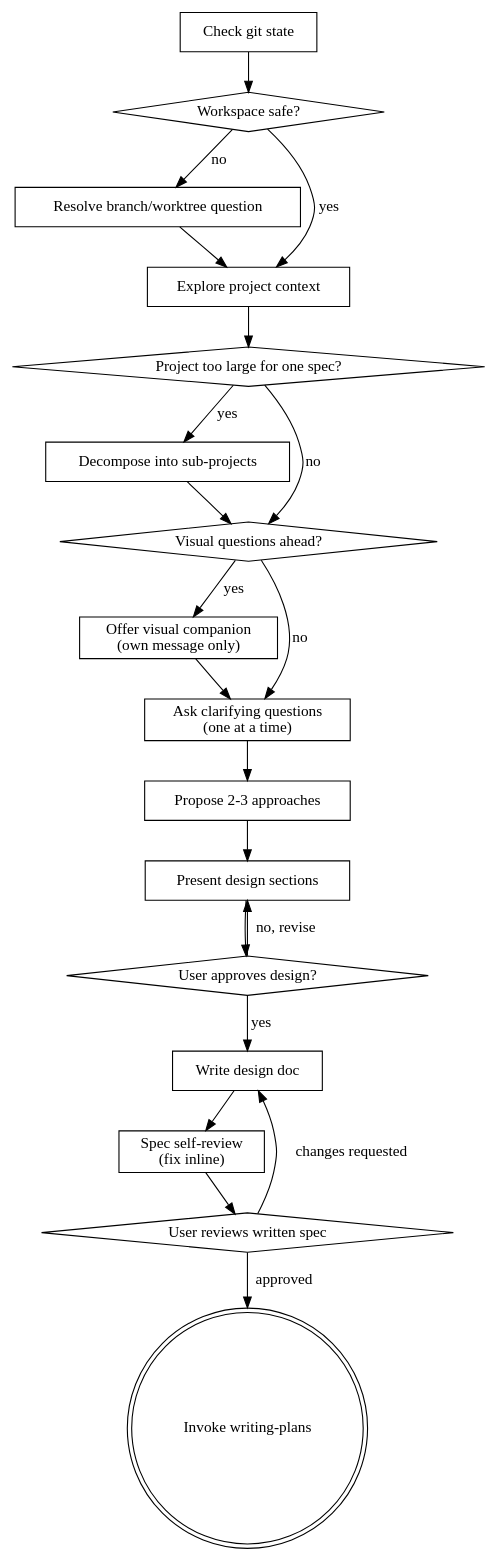
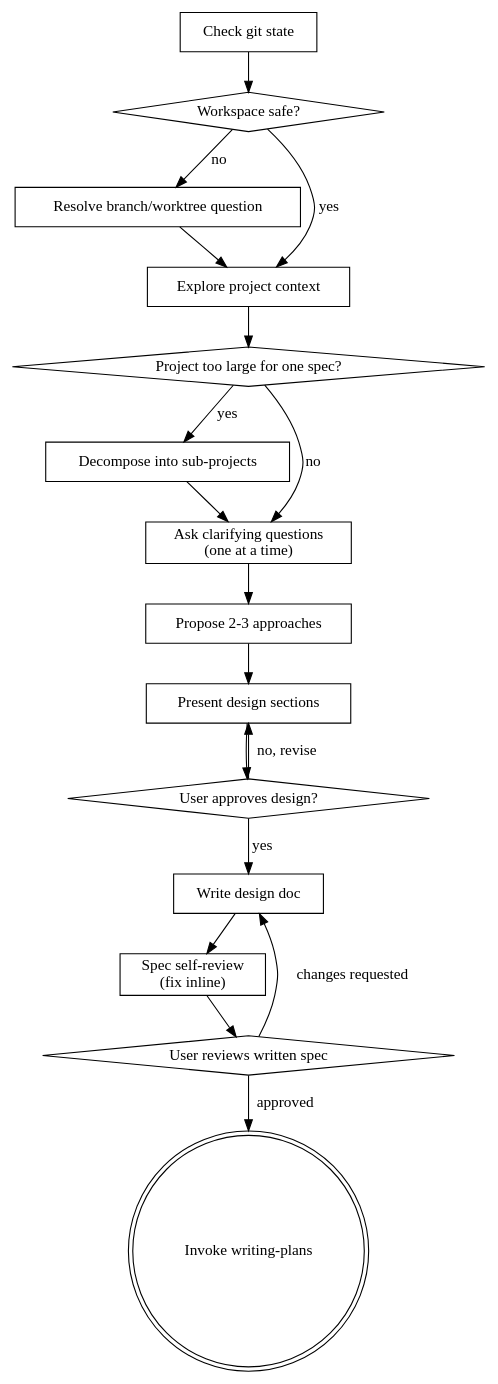
Before and after one commit to tickideas/pi-superpowers-plus: the diagram in skills/brainstorming/SKILL.md, drawn with Graphviz. The commit also changed other lines of this file, not shown here.

Commit message:
docs(brainstorming): offer the visual companion just-in-time
Mirror upstream 5a0f895: offer the companion only when a question is
genuinely clearer shown than described, never upfront; don't re-offer
after a decline. Removes the 'Visual questions ahead?' gate from the
process flow.

````diff
--- a/skills/brainstorming/SKILL.md
+++ b/skills/brainstorming/SKILL.md
@@ -64,41 +64,36 @@
 ```dot
 digraph brainstorming {
     "Check git state" [shape=box];
     "Workspace safe?" [shape=diamond];
     "Resolve branch/worktree question" [shape=box];
     "Explore project context" [shape=box];
     "Project too large for one spec?" [shape=diamond];
     "Decompose into sub-projects" [shape=box];
-    "Visual questions ahead?" [shape=diamond];
-    "Offer visual companion\n(own message only)" [shape=box];
     "Ask clarifying questions\n(one at a time)" [shape=box];
     "Propose 2-3 approaches" [shape=box];
     "Present design sections" [shape=box];
     "User approves design?" [shape=diamond];
     "Write design doc" [shape=box];
     "Spec self-review\n(fix inline)" [shape=box];
     "User reviews written spec" [shape=diamond];
     "Invoke writing-plans" [shape=doublecircle];
 
     "Check git state" -> "Workspace safe?";
     "Workspace safe?" -> "Resolve branch/worktree question" [label="no"];
     "Resolve branch/worktree question" -> "Explore project context";
     "Workspace safe?" -> "Explore project context" [label="yes"];
     "Explore project context" -> "Project too large for one spec?";
     "Project too large for one spec?" -> "Decompose into sub-projects" [label="yes"];
-    "Decompose into sub-projects" -> "Visual questions ahead?";
-    "Project too large for one spec?" -> "Visual questions ahead?" [label="no"];
-    "Visual questions ahead?" -> "Offer visual companion\n(own message only)" [label="yes"];
-    "Visual questions ahead?" -> "Ask clarifying questions\n(one at a time)" [label="no"];
-    "Offer visual companion\n(own message only)" -> "Ask clarifying questions\n(one at a time)";
+    "Decompose into sub-projects" -> "Ask clarifying questions\n(one at a time)";
+    "Project too large for one spec?" -> "Ask clarifying questions\n(one at a time)" [label="no"];
     "Ask clarifying questions\n(one at a time)" -> "Propose 2-3 approaches";
     "Propose 2-3 approaches" -> "Present design sections";
     "Present design sections" -> "User approves design?";
     "User approves design?" -> "Present design sections" [label="no, revise"];
     "User approves design?" -> "Write design doc" [label="yes"];
     "Write design doc" -> "Spec self-review\n(fix inline)";
     "Spec self-review\n(fix inline)" -> "User reviews written spec";
     "User reviews written spec" -> "Write design doc" [label="changes requested"];
     "User reviews written spec" -> "Invoke writing-plans" [label="approved"];
 }
 ```
````
